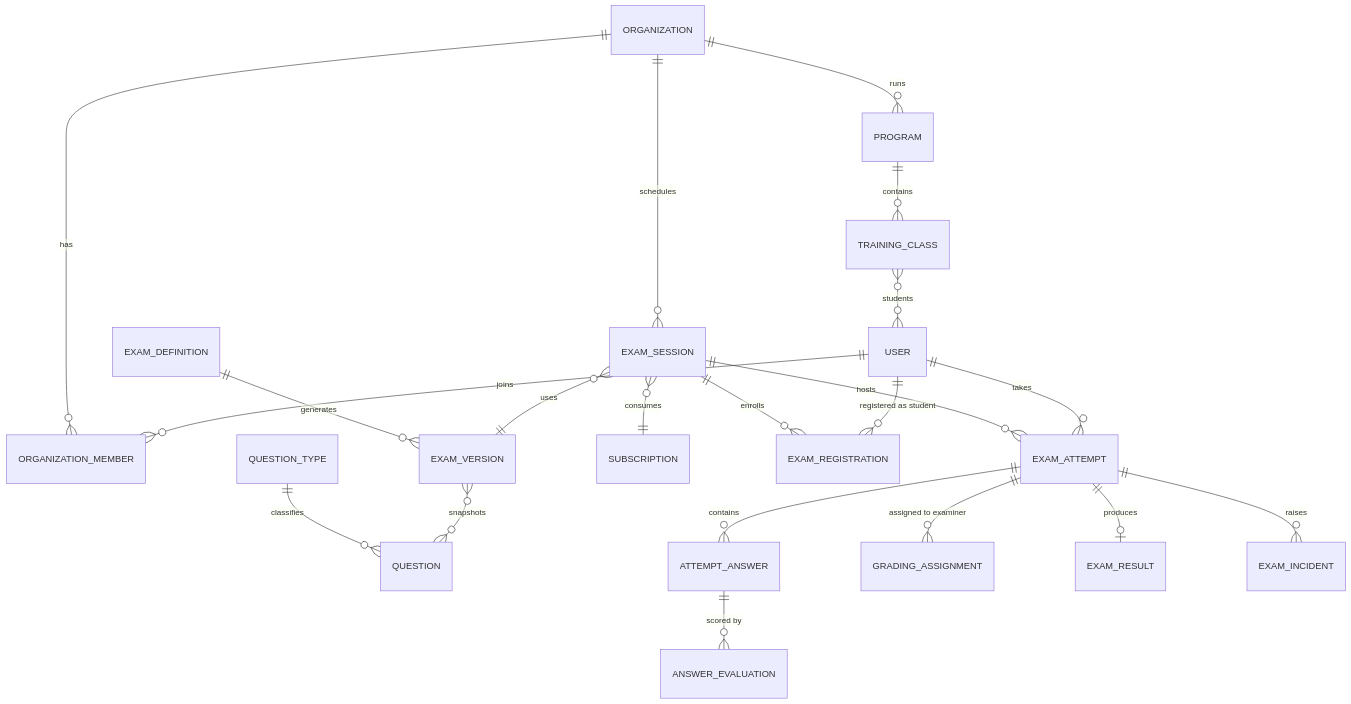
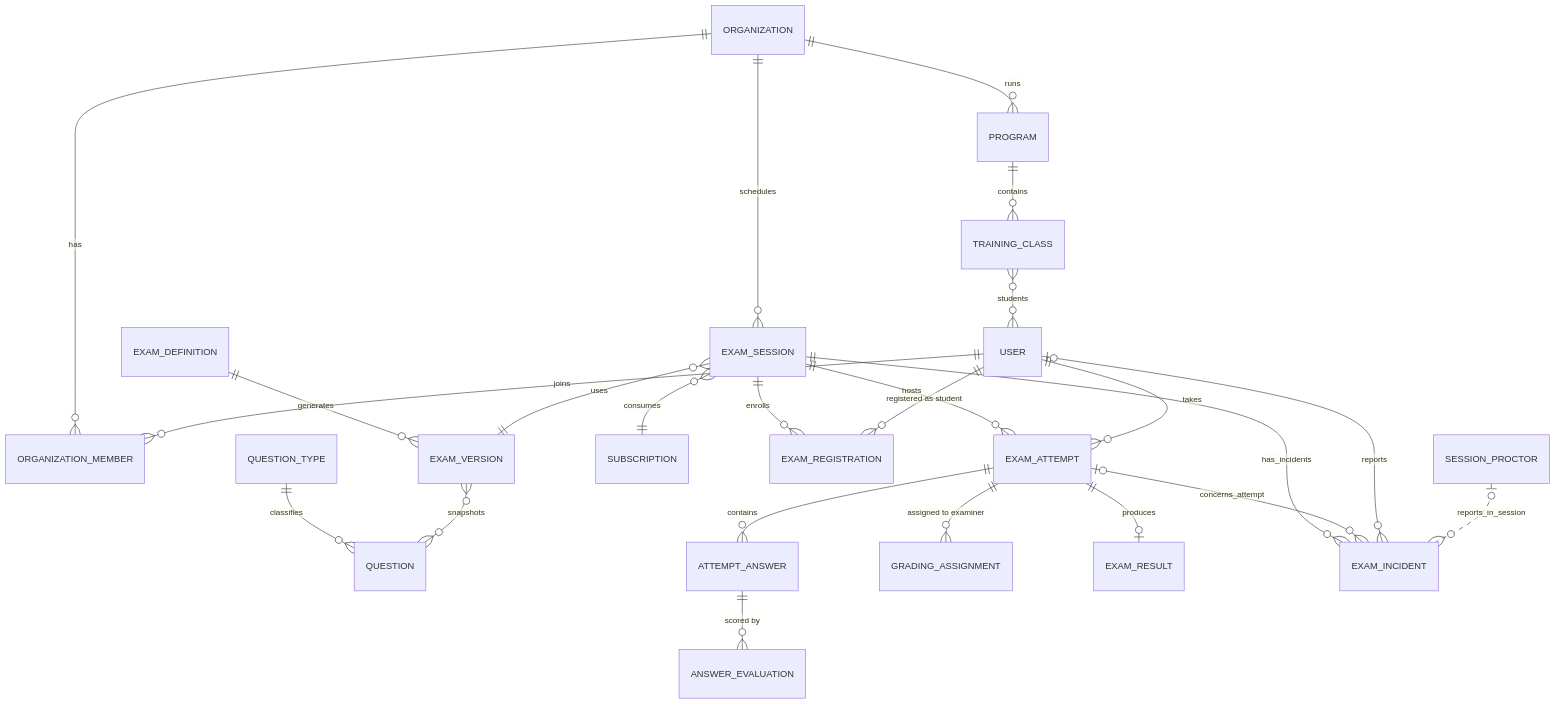
Before and after one commit to pte-org/pte-doc: the second of 18 diagrams in projects/architecture/erd-redraw-guide.md, drawn with Mermaid. The commit also changed other lines of this file and 2 other files, not shown here.

Commit message:
ref: refactor erd

````diff
--- a/projects/architecture/erd-redraw-guide.md
+++ b/projects/architecture/erd-redraw-guide.md
@@ -214,23 +215,27 @@
 ```mermaid
 erDiagram
   ORGANIZATION ||--o{ ORGANIZATION_MEMBER : has
   USER ||--o{ ORGANIZATION_MEMBER : joins
   ORGANIZATION ||--o{ PROGRAM : runs
   PROGRAM ||--o{ TRAINING_CLASS : contains
   TRAINING_CLASS }o--o{ USER : "students"
   QUESTION_TYPE ||--o{ QUESTION : classifies
   EXAM_DEFINITION ||--o{ EXAM_VERSION : generates
   EXAM_VERSION }o--o{ QUESTION : snapshots
   ORGANIZATION ||--o{ EXAM_SESSION : schedules
   EXAM_SESSION }o--|| EXAM_VERSION : uses
   EXAM_SESSION }o--|| SUBSCRIPTION : consumes
   EXAM_SESSION ||--o{ EXAM_REGISTRATION : enrolls
   USER ||--o{ EXAM_REGISTRATION : "registered as student"
   EXAM_SESSION ||--o{ EXAM_ATTEMPT : hosts
   USER ||--o{ EXAM_ATTEMPT : takes
   EXAM_ATTEMPT ||--o{ ATTEMPT_ANSWER : contains
   ATTEMPT_ANSWER ||--o{ ANSWER_EVALUATION : "scored by"
   EXAM_ATTEMPT ||--o{ GRADING_ASSIGNMENT : "assigned to examiner"
   EXAM_ATTEMPT ||--o| EXAM_RESULT : produces
-  EXAM_ATTEMPT ||--o{ EXAM_INCIDENT : raises
+  EXAM_SESSION ||--o{ EXAM_INCIDENT : has_incidents
+  EXAM_ATTEMPT |o--o{ EXAM_INCIDENT : concerns_attempt
+  USER |o--o{ EXAM_INCIDENT : reports
+  %% Derived business relationship, not a stored session_proctor_id or physical FK.
+  SESSION_PROCTOR |o..o{ EXAM_INCIDENT : reports_in_session
 ```
````
